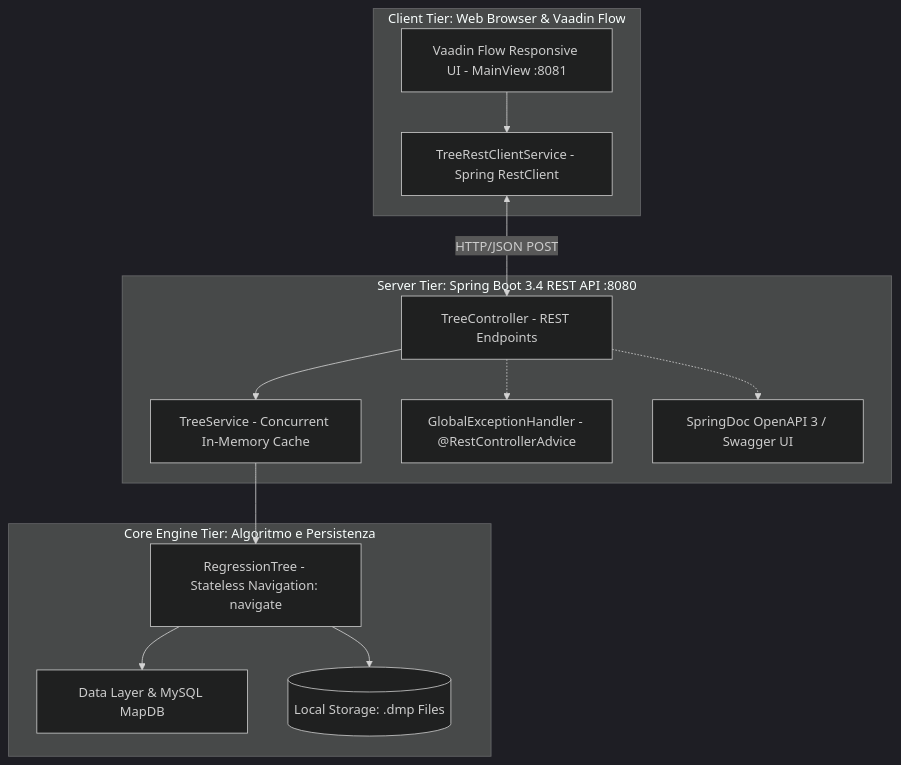
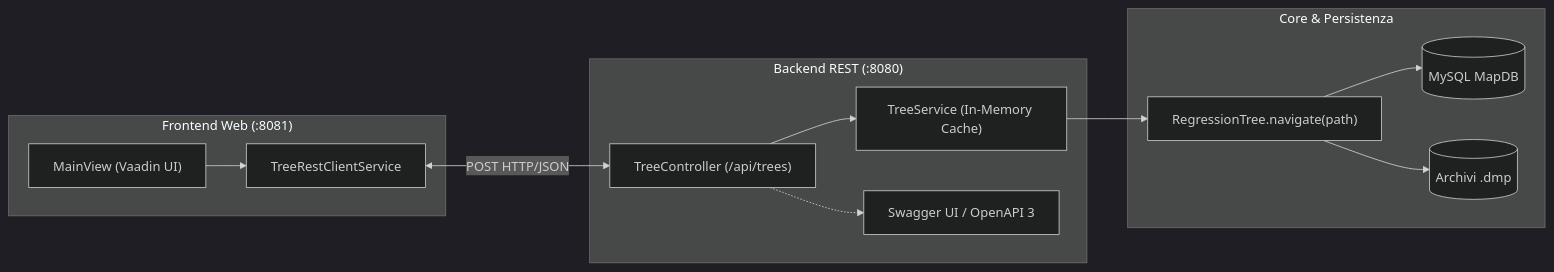
One commit to MarcoDiana/Albero_di_regressione changed the third of 3 diagrams in docs/guida-tecnica.md. Above: the diagram before and after it, drawn with Mermaid (dark theme). The commit also changed other lines of this file and 6 other files, not shown here.

Commit message:
docs: streamline technical guide and guarantee rendered mermaid vector diagrams in pdfs

````diff
--- a/docs/guida-tecnica.md
+++ b/docs/guida-tecnica.md
@@ -410,30 +156,28 @@
 ```mermaid
-graph TB
-    subgraph TierClient ["Client Tier: Web Browser & Vaadin Flow"]
-        UI[Vaadin Flow Responsive UI - MainView :8081]
-        RCS[TreeRestClientService - Spring RestClient]
+graph LR
+    subgraph ClientLayer ["Frontend Web (:8081)"]
+        UI["MainView (Vaadin UI)"]
+        RCS["TreeRestClientService"]
         UI --> RCS
     end
 
-    subgraph TierServer ["Server Tier: Spring Boot 3.4 REST API :8080"]
-        TC[TreeController - REST Endpoints]
-        TS[TreeService - Concurrent In-Memory Cache]
-        GEH[GlobalExceptionHandler - @RestControllerAdvice]
-        DOC[SpringDoc OpenAPI 3 / Swagger UI]
+    subgraph ServerLayer ["Backend REST (:8080)"]
+        TC["TreeController (/api/trees)"]
+        TS["TreeService (In-Memory Cache)"]
+        SW["Swagger UI / OpenAPI 3"]
         
-        RCS <-->|"HTTP/JSON POST"| TC
+        RCS <-->|"POST HTTP/JSON"| TC
         TC --> TS
-        TC -.-> GEH
-        TC -.-> DOC
+        TC -.-> SW
     end
 
-    subgraph TierCore ["Core Engine Tier: Algoritmo e Persistenza"]
-        RT[RegressionTree - Stateless Navigation: navigate]
-        DATA[Data Layer & MySQL MapDB]
-        FS[(Local Storage: .dmp Files)]
+    subgraph CoreLayer ["Core & Persistenza"]
+        RT["RegressionTree.navigate(path)"]
+        DB[(MySQL MapDB)]
+        FS[(Archivi .dmp)]
         
         TS --> RT
-        RT --> DATA
+        RT --> DB
         RT --> FS
     end
 ```
````
